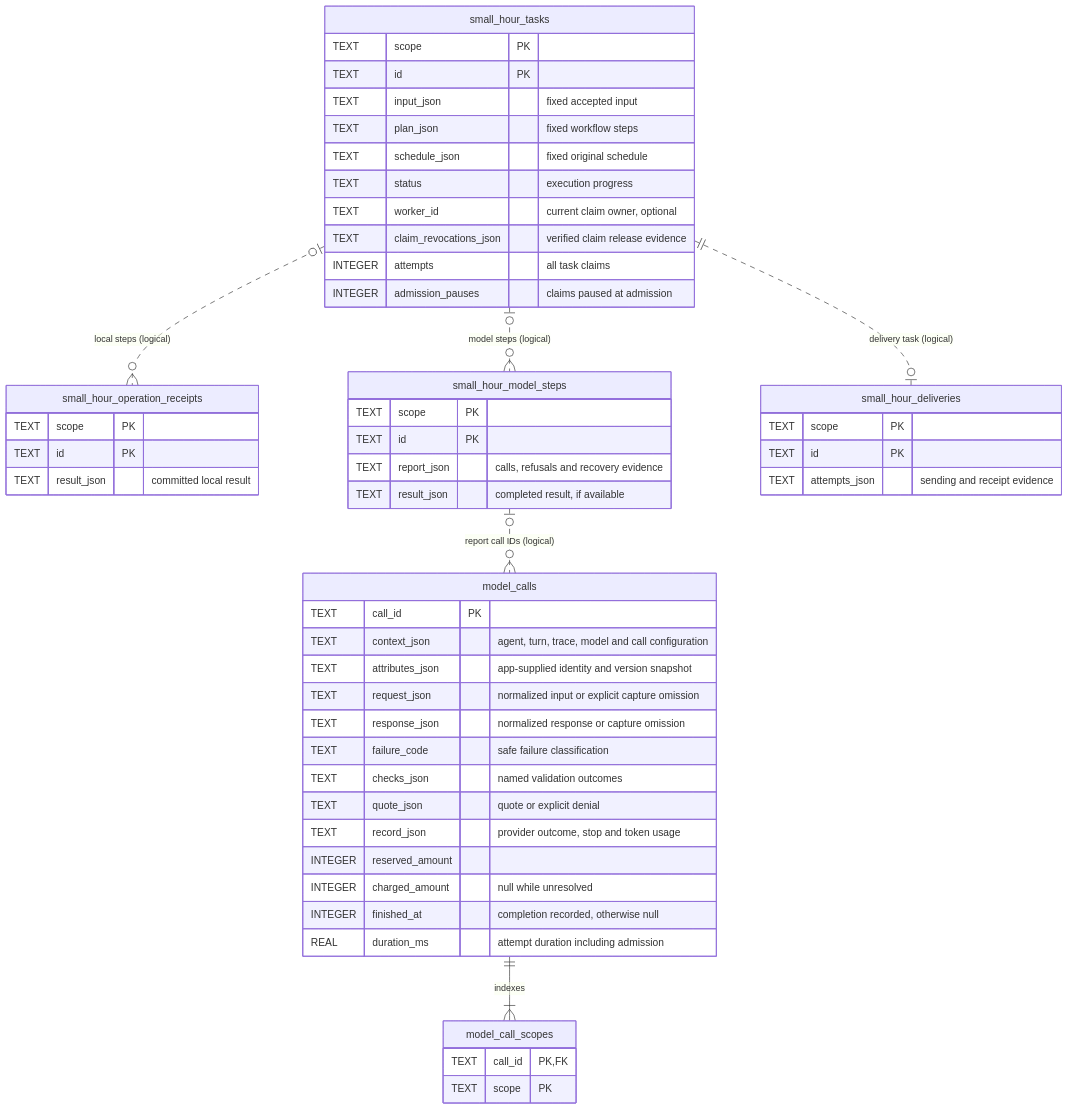
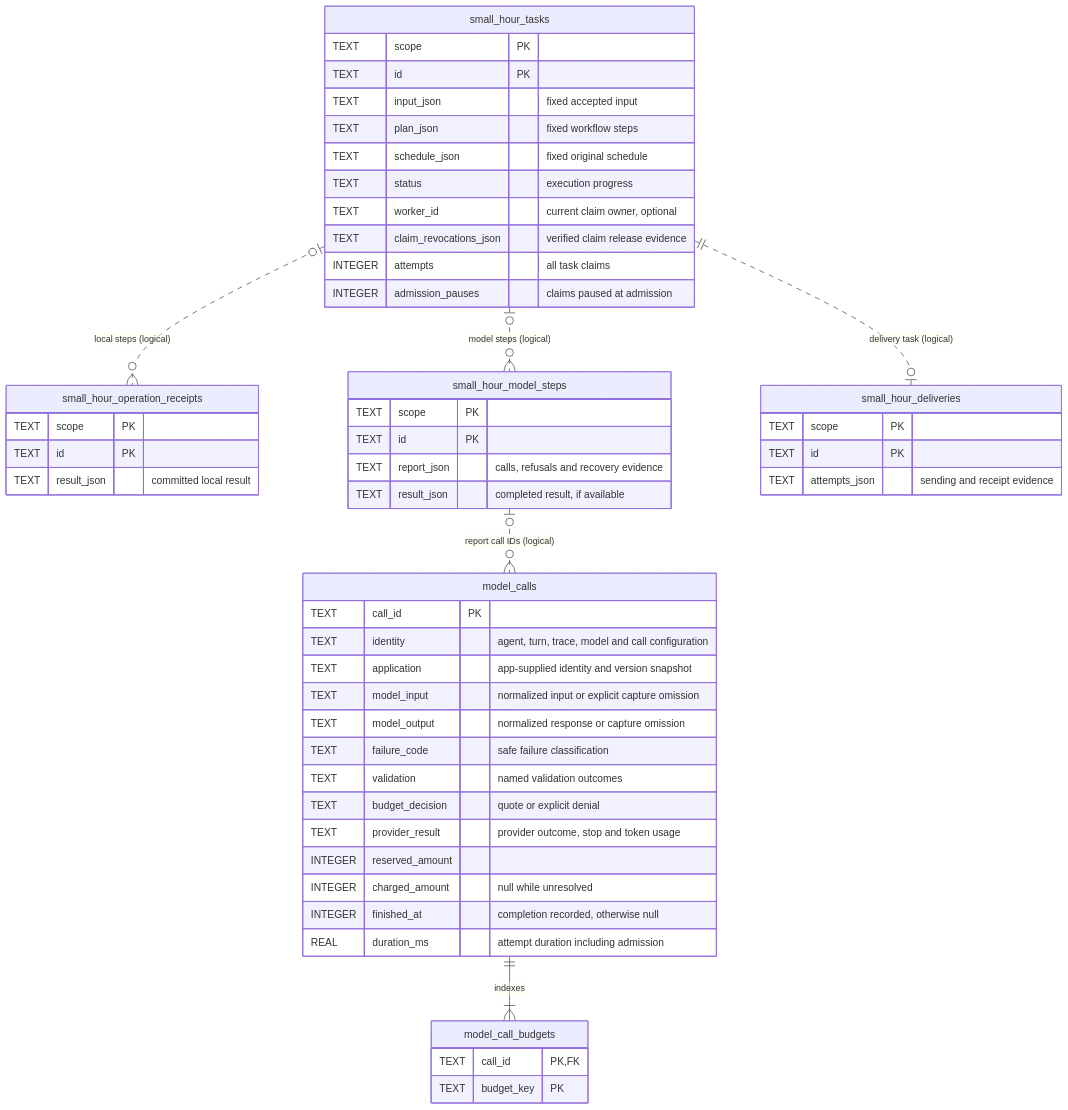
Before and after one commit to jingyufanclub/small-hour: the diagram in docs/storage-schema.md, drawn with Mermaid. The commit also changed other lines of this file and 21 other files, not shown here.

Commit message:
Clarify model call evidence and provider identities (#46)

````diff
--- a/docs/storage-schema.md
+++ b/docs/storage-schema.md
@@ -13,57 +13,57 @@
 ```mermaid
 erDiagram
     accTitle: Small Hour's saved records
     accDescr: Tasks link to local receipts, model steps or delivery evidence. Spending memberships reference a single charge through a SQL foreign key.
     small_hour_tasks |o..o{ small_hour_operation_receipts : "local steps (logical)"
     small_hour_tasks |o..o{ small_hour_model_steps : "model steps (logical)"
     small_hour_tasks ||..o| small_hour_deliveries : "delivery task (logical)"
     small_hour_model_steps |o..o{ model_calls : "report call IDs (logical)"
-    model_calls ||--|{ model_call_scopes : indexes
+    model_calls ||--|{ model_call_budgets : indexes
     small_hour_tasks {
         TEXT scope PK
         TEXT id PK
         TEXT input_json "fixed accepted input"
         TEXT plan_json "fixed workflow steps"
         TEXT schedule_json "fixed original schedule"
         TEXT status "execution progress"
         TEXT worker_id "current claim owner, optional"
         TEXT claim_revocations_json "verified claim release evidence"
         INTEGER attempts "all task claims"
         INTEGER admission_pauses "claims paused at admission"
     }
     small_hour_operation_receipts {
         TEXT scope PK
         TEXT id PK
         TEXT result_json "committed local result"
     }
     small_hour_model_steps {
         TEXT scope PK
         TEXT id PK
         TEXT report_json "calls, refusals and recovery evidence"
         TEXT result_json "completed result, if available"
     }
     small_hour_deliveries {
         TEXT scope PK
         TEXT id PK
         TEXT attempts_json "sending and receipt evidence"
     }
     model_calls {
         TEXT call_id PK
-        TEXT context_json "agent, turn, trace, model and call configuration"
-        TEXT attributes_json "app-supplied identity and version snapshot"
-        TEXT request_json "normalized input or explicit capture omission"
-        TEXT response_json "normalized response or capture omission"
+        TEXT identity "agent, turn, trace, model and call configuration"
+        TEXT application "app-supplied identity and version snapshot"
+        TEXT model_input "normalized input or explicit capture omission"
+        TEXT model_output "normalized response or capture omission"
         TEXT failure_code "safe failure classification"
-        TEXT checks_json "named validation outcomes"
-        TEXT quote_json "quote or explicit denial"
-        TEXT record_json "provider outcome, stop and token usage"
+        TEXT validation "named validation outcomes"
+        TEXT budget_decision "quote or explicit denial"
+        TEXT provider_result "provider outcome, stop and token usage"
         INTEGER reserved_amount
         INTEGER charged_amount "null while unresolved"
         INTEGER finished_at "completion recorded, otherwise null"
         REAL duration_ms "attempt duration including admission"
     }
-    model_call_scopes {
+    model_call_budgets {
         TEXT call_id PK,FK
-        TEXT scope PK
+        TEXT budget_key PK
     }
 ```
````
